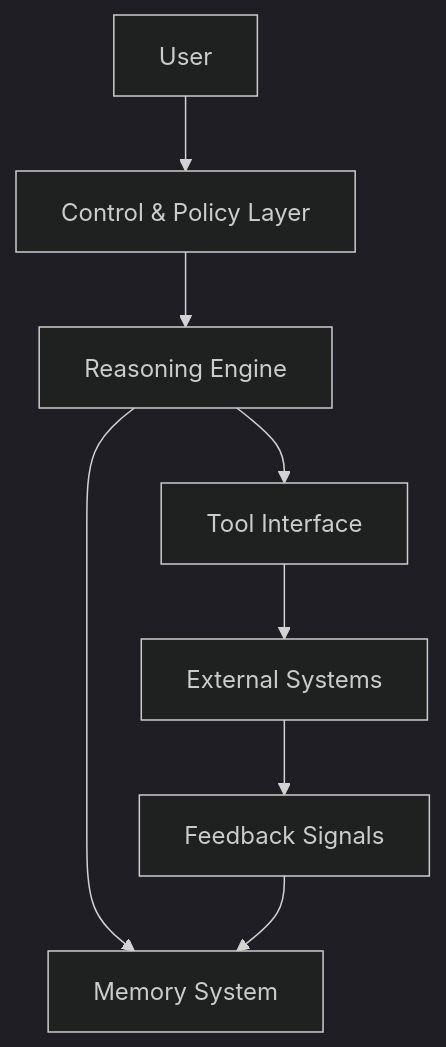
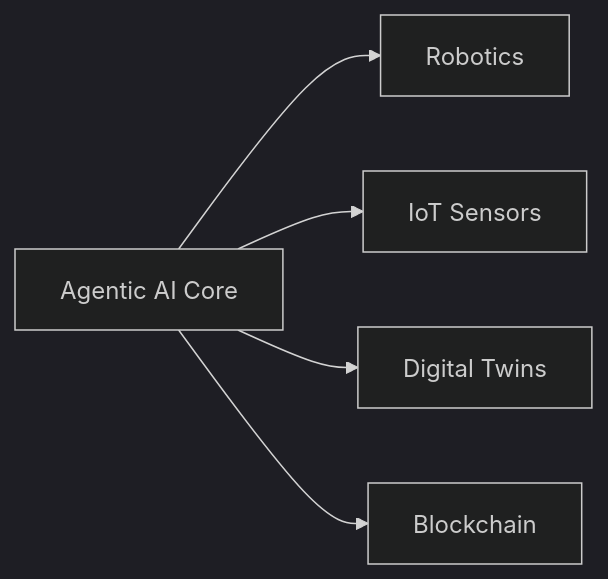
Before and after one commit to m-rizqinovniari/agentic-handbook: the second of 4 diagrams in docusaurus/docs/part-4/chapter-16.md, drawn with Mermaid (dark theme). The commit also changed other lines of this file and 19 other files, not shown here.

````diff
--- a/docusaurus/docs/part-4/chapter-16.md
+++ b/docusaurus/docs/part-4/chapter-16.md
@@ -135,10 +164,12 @@
 ```mermaid
-graph TD
-    U[User] --> C[Control & Policy Layer]
-    C --> R[Reasoning Engine]
-    R --> M[Memory System]
-    R --> T[Tool Interface]
-    T --> E[External Systems]
-    E --> F[Feedback Signals]
-    F --> M
+graph LR
+    A[Agentic AI Core]
+    B[Robotics]
+    C[IoT Sensors]
+    D[Digital Twins]
+    E[Blockchain]
+    A --> B
+    A --> C
+    A --> D
+    A --> E
 ```
````
